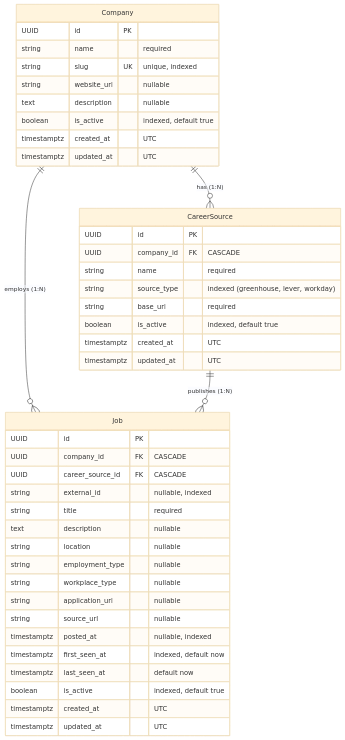
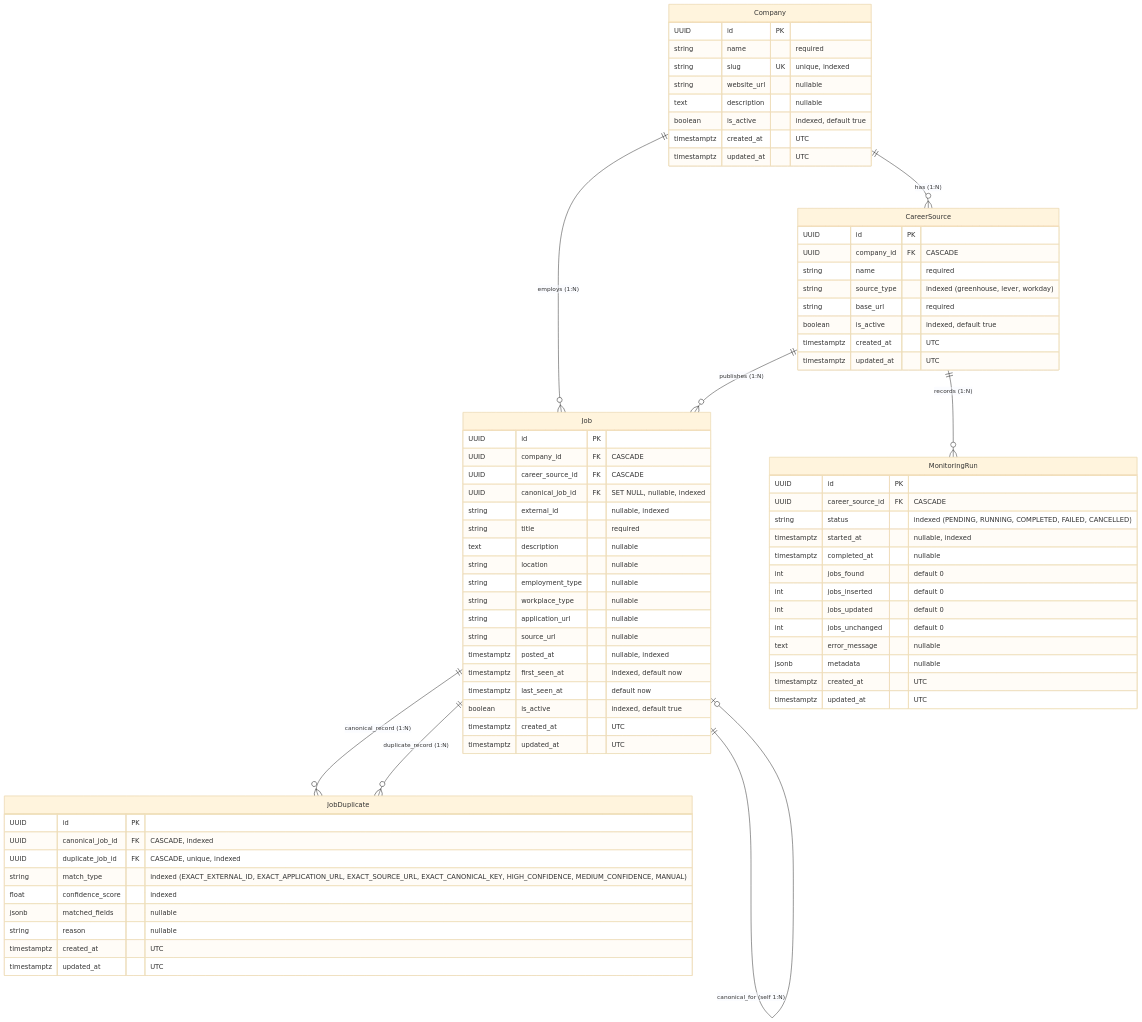
The diagram in docs/database.md (AshwinAA10/JobWatch-AI), drawn with Mermaid (base theme) before and after one commit. The commit also changed other lines of this file and 28 other files, not shown here.

````diff
--- a/docs/database.md
+++ b/docs/database.md
@@ -41,48 +41,81 @@
 ```mermaid
 erDiagram
     Company ||--o{ CareerSource : "has (1:N)"
     Company ||--o{ Job : "employs (1:N)"
     CareerSource ||--o{ Job : "publishes (1:N)"
+    CareerSource ||--o{ MonitoringRun : "records (1:N)"
+    Job ||--o| Job : "canonical_for (self 1:N)"
+    Job ||--o{ JobDuplicate : "canonical_record (1:N)"
+    Job ||--o{ JobDuplicate : "duplicate_record (1:N)"
 
     Company {
         UUID id PK
         string name "required"
         string slug UK "unique, indexed"
         string website_url "nullable"
         text description "nullable"
         boolean is_active "indexed, default true"
         timestamptz created_at "UTC"
         timestamptz updated_at "UTC"
     }
 
     CareerSource {
         UUID id PK
         UUID company_id FK "CASCADE"
         string name "required"
         string source_type "indexed (greenhouse, lever, workday)"
         string base_url "required"
         boolean is_active "indexed, default true"
         timestamptz created_at "UTC"
         timestamptz updated_at "UTC"
     }
 
+    MonitoringRun {
+        UUID id PK
+        UUID career_source_id FK "CASCADE"
+        string status "indexed (PENDING, RUNNING, COMPLETED, FAILED, CANCELLED)"
+        timestamptz started_at "nullable, indexed"
+        timestamptz completed_at "nullable"
+        int jobs_found "default 0"
+        int jobs_inserted "default 0"
+        int jobs_updated "default 0"
+        int jobs_unchanged "default 0"
+        text error_message "nullable"
+        jsonb metadata "nullable"
+        timestamptz created_at "UTC"
+        timestamptz updated_at "UTC"
+    }
+
     Job {
         UUID id PK
         UUID company_id FK "CASCADE"
         UUID career_source_id FK "CASCADE"
+        UUID canonical_job_id FK "SET NULL, nullable, indexed"
         string external_id "nullable, indexed"
         string title "required"
         text description "nullable"
         string location "nullable"
         string employment_type "nullable"
         string workplace_type "nullable"
         string application_url "nullable"
         string source_url "nullable"
         timestamptz posted_at "nullable, indexed"
         timestamptz first_seen_at "indexed, default now"
         timestamptz last_seen_at "default now"
         boolean is_active "indexed, default true"
         timestamptz created_at "UTC"
         timestamptz updated_at "UTC"
     }
+
+    JobDuplicate {
+        UUID id PK
+        UUID canonical_job_id FK "CASCADE, indexed"
+        UUID duplicate_job_id FK "CASCADE, unique, indexed"
+        string match_type "indexed (EXACT_EXTERNAL_ID, EXACT_APPLICATION_URL, EXACT_SOURCE_URL, EXACT_CANONICAL_KEY, HIGH_CONFIDENCE, MEDIUM_CONFIDENCE, MANUAL)"
+        float confidence_score "indexed"
+        jsonb matched_fields "nullable"
+        string reason "nullable"
+        timestamptz created_at "UTC"
+        timestamptz updated_at "UTC"
+    }
 ```
````
